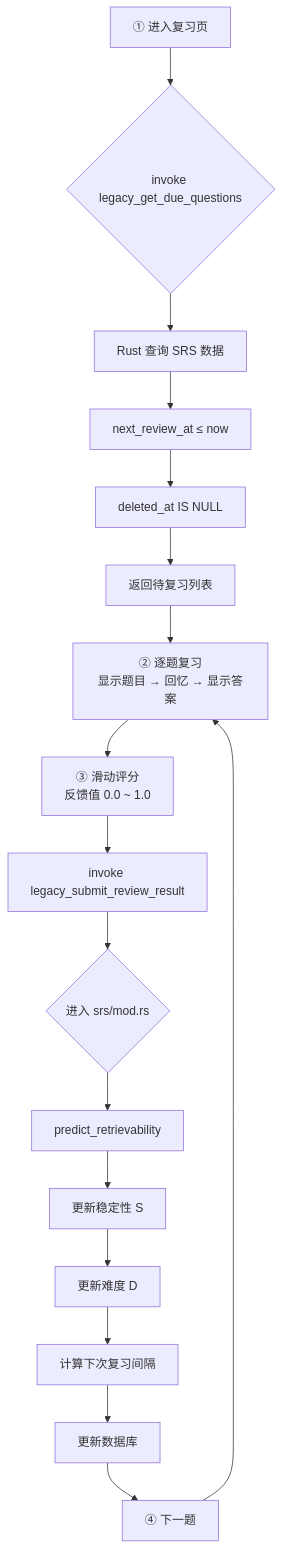
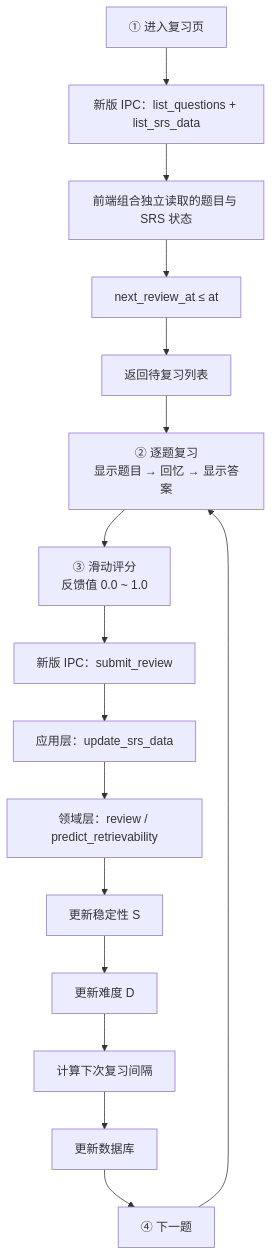
The third of 5 diagrams in docs/ARCHITECTURE.md (zpb911km/SmartErrorNotebook), drawn with Mermaid before and after one commit. The commit also changed other lines of this file and 104 other files, not shown here.

````diff
--- a/docs/ARCHITECTURE.md
+++ b/docs/ARCHITECTURE.md
@@ -164,19 +171,18 @@
 ```mermaid
 flowchart TD
-    A[① 进入复习页] --> B{invoke legacy_get_due_questions}
-    B --> C[Rust 查询 SRS 数据]
-    C --> C1[next_review_at ≤ now]
-    C1 --> C2[deleted_at IS NULL]
-    C2 --> D[返回待复习列表]
+    A[① 进入复习页] --> B[新版 IPC：list_questions + list_srs_data]
+    B --> C[前端组合独立读取的题目与 SRS 状态]
+    C --> C1[next_review_at ≤ at]
+    C1 --> D[返回待复习列表]
     D --> E[② 逐题复习<br/>显示题目 → 回忆 → 显示答案]
     E --> F[③ 滑动评分<br/>反馈值 0.0 ~ 1.0]
-    F --> G[invoke legacy_submit_review_result]
-    G --> H{进入 srs/mod.rs}
-    H --> H1[predict_retrievability]
+    F --> G[新版 IPC：submit_review]
+    G --> H[应用层：update_srs_data]
+    H --> H1[领域层：review / predict_retrievability]
     H1 --> H2[更新稳定性 S]
     H2 --> H3[更新难度 D]
     H3 --> H4[计算下次复习间隔]
     H4 --> H5[更新数据库]
     H5 --> I[④ 下一题]
     I --> E
 ```
````
